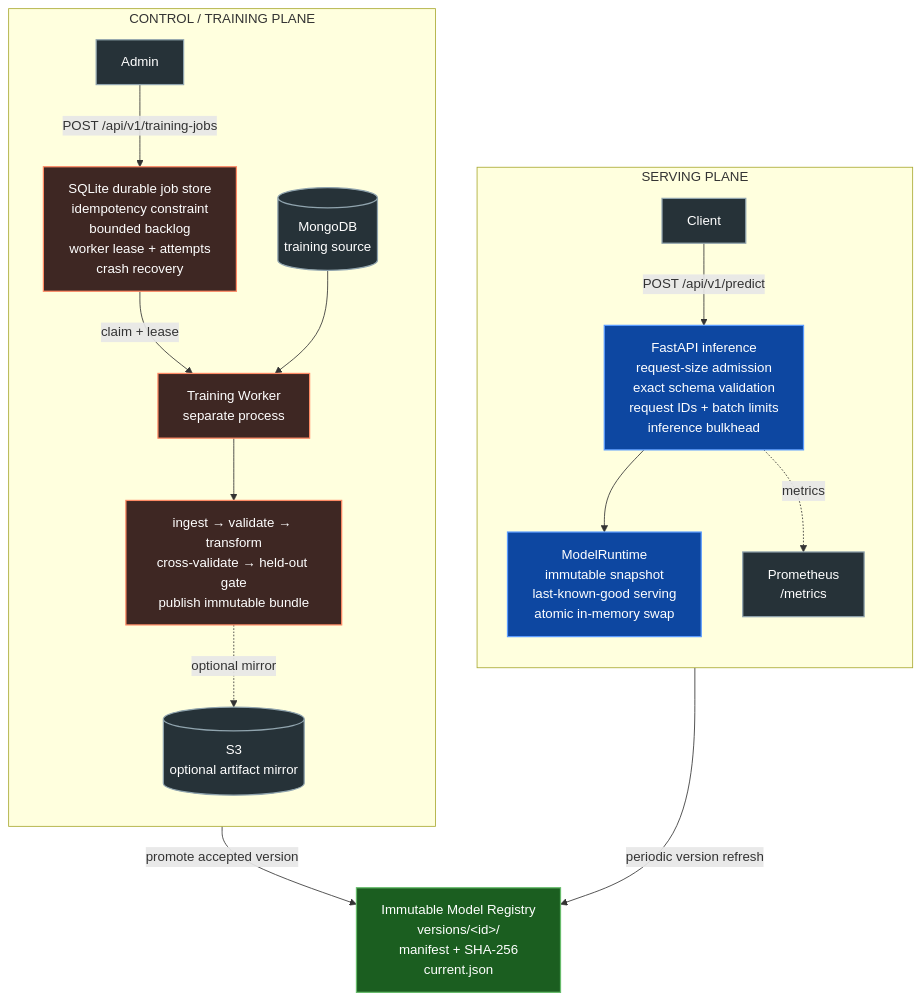
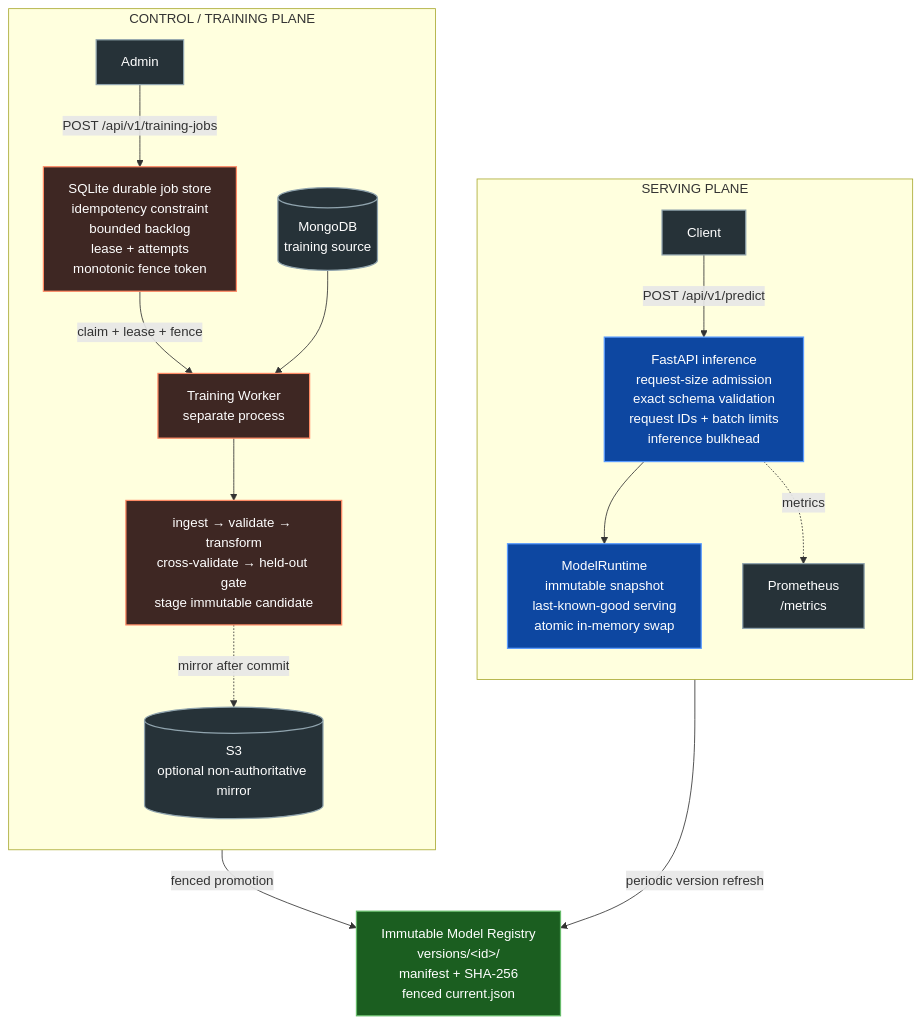
One commit to BackendArchitectX/networksecurity changed the first of 2 diagrams in README.md. Above: the diagram before and after it, drawn with Mermaid. The commit also changed other lines of this file, not shown here.

````diff
--- a/README.md
+++ b/README.md
@@ -23,41 +23,41 @@
 ```mermaid
 flowchart TB
     classDef serving fill:#0d47a1,color:#fff,stroke:#5b9cff,stroke-width:1.5px;
     classDef control fill:#3e2723,color:#fff,stroke:#ff8a65,stroke-width:1.5px;
     classDef registry fill:#1b5e20,color:#fff,stroke:#66bb6a,stroke-width:1.5px;
     classDef external fill:#263238,color:#fff,stroke:#90a4ae,stroke-width:1.5px;
 
     subgraph SP["SERVING PLANE"]
         direction TB
         Client["Client"]:::external
         API["FastAPI inference<br/>request-size admission<br/>exact schema validation<br/>request IDs + batch limits<br/>inference bulkhead"]:::serving
         Runtime["ModelRuntime<br/>immutable snapshot<br/>last-known-good serving<br/>atomic in-memory swap"]:::serving
         Metrics["Prometheus<br/>/metrics"]:::external
 
         Client -->|POST /api/v1/predict| API
         API --> Runtime
         API -. metrics .-> Metrics
     end
 
-    Registry["Immutable Model Registry<br/>versions/&lt;id&gt;/<br/>manifest + SHA-256<br/>current.json"]:::registry
+    Registry["Immutable Model Registry<br/>versions/&lt;id&gt;/<br/>manifest + SHA-256<br/>fenced current.json"]:::registry
 
     Runtime -->|periodic version refresh| Registry
 
     subgraph CP["CONTROL / TRAINING PLANE"]
         direction TB
         Admin["Admin"]:::external
-        Queue["SQLite durable job store<br/>idempotency constraint<br/>bounded backlog<br/>worker lease + attempts<br/>crash recovery"]:::control
+        Queue["SQLite durable job store<br/>idempotency constraint<br/>bounded backlog<br/>lease + attempts<br/>monotonic fence token"]:::control
         Worker["Training Worker<br/>separate process"]:::control
-        Pipeline["ingest → validate → transform<br/>cross-validate → held-out gate<br/>publish immutable bundle"]:::control
+        Pipeline["ingest → validate → transform<br/>cross-validate → held-out gate<br/>stage immutable candidate"]:::control
         Mongo[("MongoDB<br/>training source")]:::external
-        S3[("S3<br/>optional artifact mirror")]:::external
+        S3[("S3<br/>optional non-authoritative mirror")]:::external
 
         Admin -->|POST /api/v1/training-jobs| Queue
-        Queue -->|claim + lease| Worker
+        Queue -->|claim + lease + fence| Worker
         Mongo --> Worker
         Worker --> Pipeline
-        Pipeline -. optional mirror .-> S3
+        Pipeline -. mirror after commit .-> S3
     end
 
-    Pipeline -->|promote accepted version| Registry
+    Pipeline -->|fenced promotion| Registry
 ```
````
